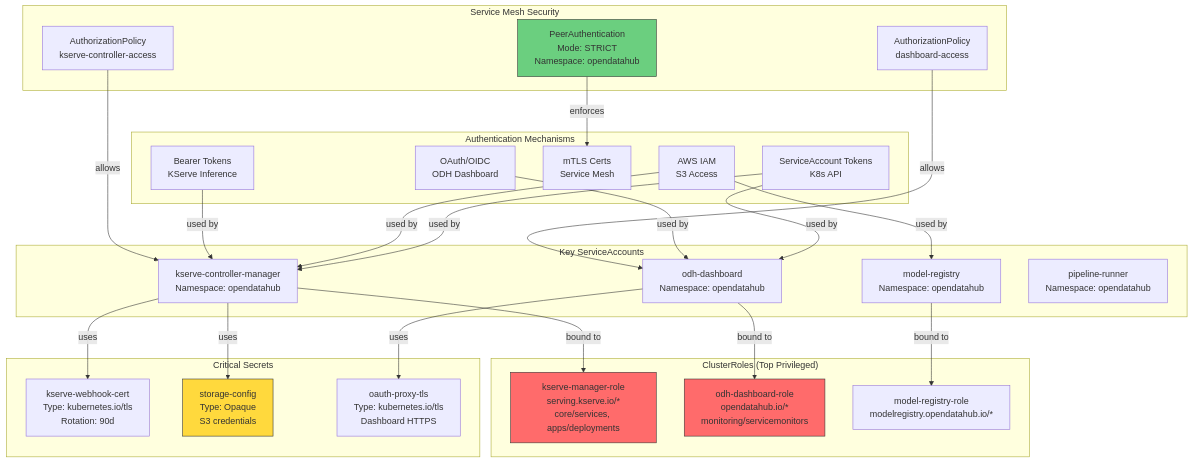
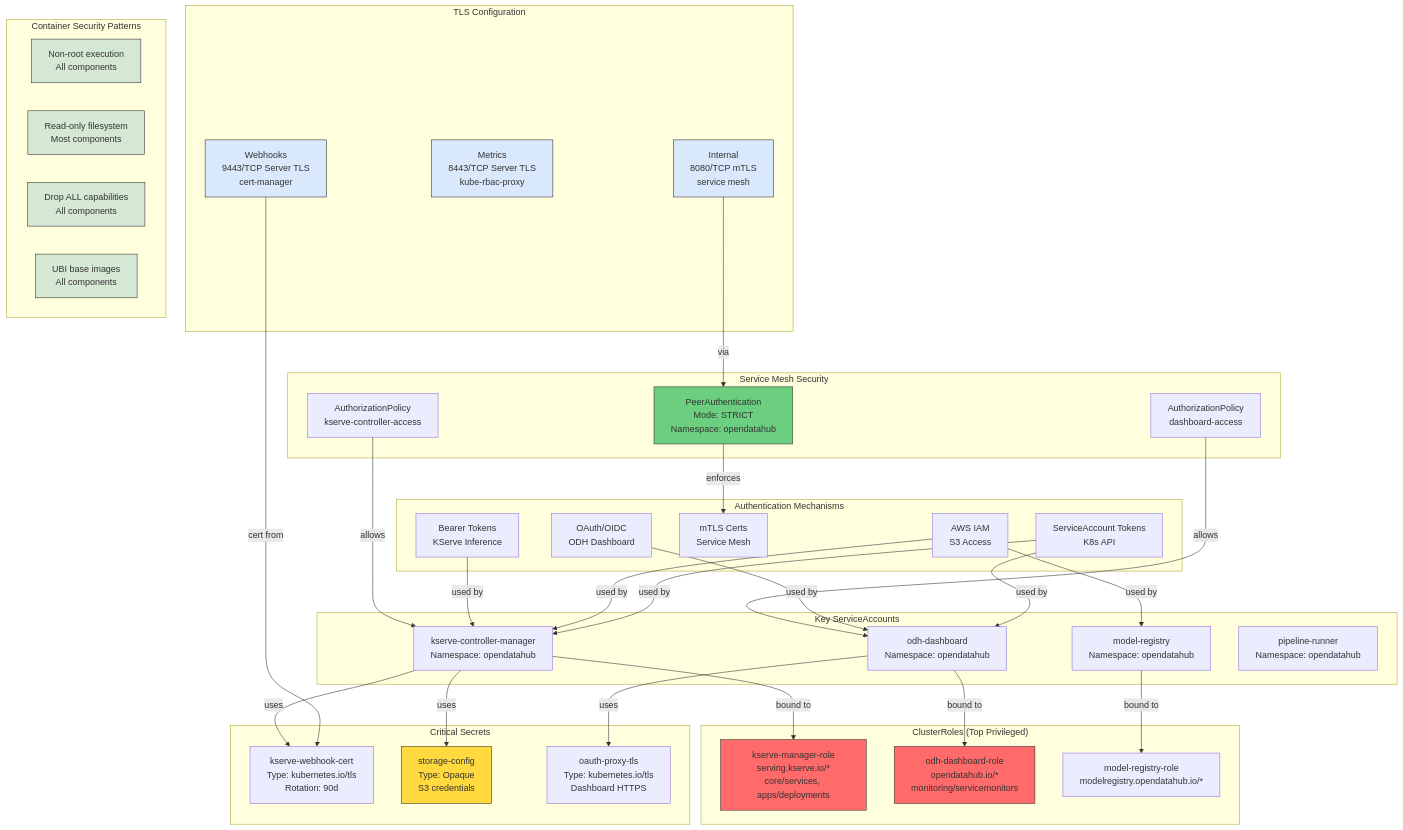
Before and after one commit to opendatahub-io/architecture-context: the fourth of 6 diagrams in .claude/skills/generate-platform-diagrams/SKILL.md, drawn with Mermaid. The commit also changed other lines of this file and 8 other files, not shown here.

First line of the commit message:
Convert diagram phase to pure skill invocation, fix path resolution, strengthen RHOAI ingress discovery

````diff
--- a/.claude/skills/generate-platform-diagrams/SKILL.md
+++ b/.claude/skills/generate-platform-diagrams/SKILL.md
@@ -443,6 +449,19 @@
         Secret3[oauth-proxy-tls<br/>Type: kubernetes.io/tls<br/>Dashboard HTTPS]
     end
 
+    subgraph "TLS Configuration"
+        TLS1[Webhooks<br/>9443/TCP Server TLS<br/>cert-manager]
+        TLS2[Metrics<br/>8443/TCP Server TLS<br/>kube-rbac-proxy]
+        TLS3[Internal<br/>8080/TCP mTLS<br/>service mesh]
+    end
+
+    subgraph "Container Security Patterns"
+        CS1[Non-root execution<br/>All components]
+        CS2[Read-only filesystem<br/>Most components]
+        CS3[Drop ALL capabilities<br/>All components]
+        CS4[UBI base images<br/>All components]
+    end
+
     subgraph "Service Mesh Security"
         PA[PeerAuthentication<br/>Mode: STRICT<br/>Namespace: opendatahub]
         AP1[AuthorizationPolicy<br/>kserve-controller-access]
@@ -462,6 +481,9 @@
     AP1 -->|allows| SA1
     AP2 -->|allows| SA2
 
+    TLS3 -->|via| PA
+    TLS1 -->|cert from| Secret1
+
     OAuth -->|used by| SA2
     Bearer -->|used by| SA1
     AWSIAM -->|used by| SA1
@@ -473,4 +495,11 @@
     style CR2 fill:#ff6b6b,stroke:#333
     style Secret2 fill:#ffd93d,stroke:#333
     style PA fill:#6bcf7f,stroke:#333
+    style CS1 fill:#d5e8d4,stroke:#333
+    style CS2 fill:#d5e8d4,stroke:#333
+    style CS3 fill:#d5e8d4,stroke:#333
+    style CS4 fill:#d5e8d4,stroke:#333
+    style TLS1 fill:#dae8fc,stroke:#333
+    style TLS2 fill:#dae8fc,stroke:#333
+    style TLS3 fill:#dae8fc,stroke:#333
 ```
````
